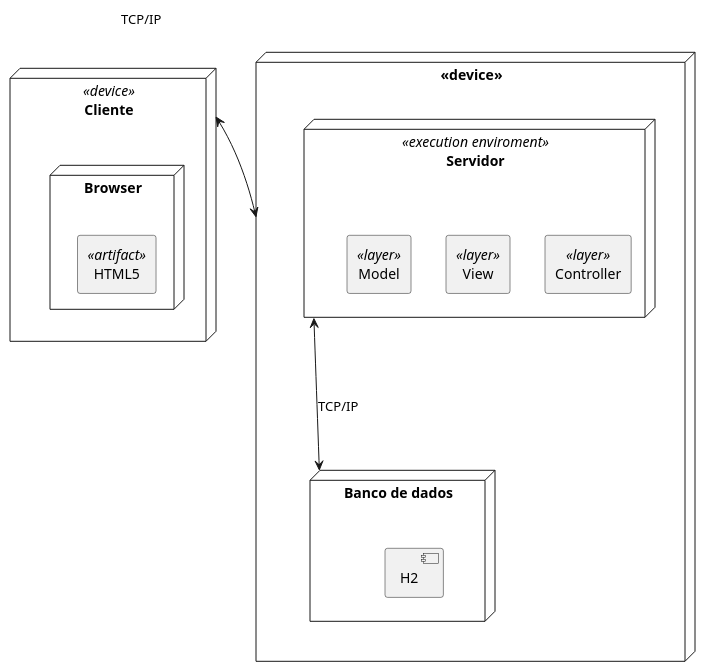
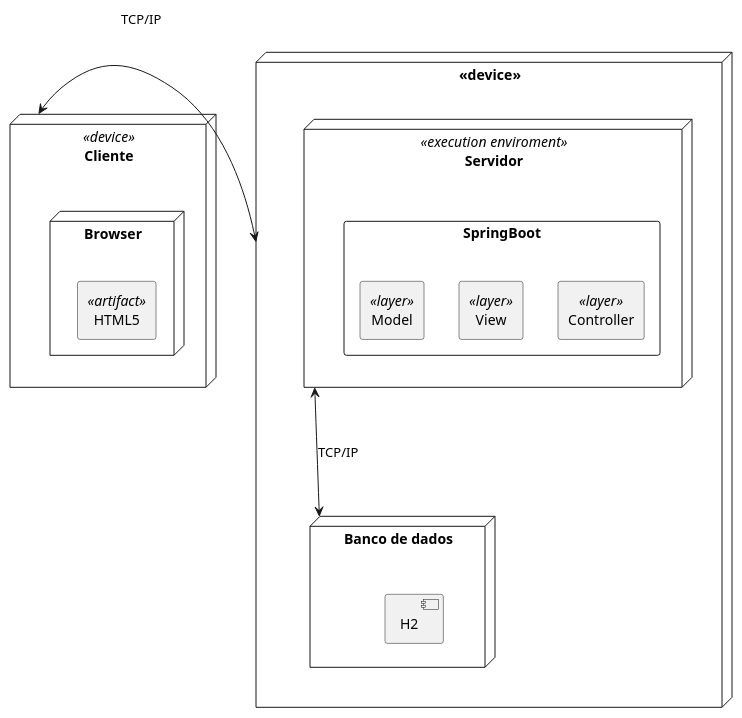
Before and after one commit to G4BR-13-L/lab-desenvolvimento-de-software: the diagram in laboratorio-3/sprint-2/projeto/plantuml/implantacao.plantuml, drawn with PlantUML. The commit also changed 2 other files, not shown here.

```diff
--- a/laboratorio-3/sprint-2/projeto/plantuml/implantacao.plantuml
+++ b/laboratorio-3/sprint-2/projeto/plantuml/implantacao.plantuml
@@ -1,26 +1,29 @@
 @startuml Implantacao
 
 node Cliente <<device>>  {
     node Browser {
         rectangle HTML5 <<artifact>>
     }
 }
 node <<device>> as Backend {
     node Servidor <<execution enviroment>> {
-        rectangle Model <<layer>>
-        rectangle View <<layer>>
-        rectangle Controller <<layer>>
-    }    
+        rectangle SpringBoot{
+            rectangle Model <<layer>>
+            rectangle View <<layer>>
+            rectangle Controller <<layer>>
+        }
+    }
+
     node "Banco de dados" as BD {
         component H2
     }
 }
 
 Servidor <---> BD : "TCP/IP"
 Backend <--left-> Cliente : "TCP/IP"
- 
+
 Model -[hidden] View
 View -[hidden] Controller
 
- 
+
 @enduml
```
